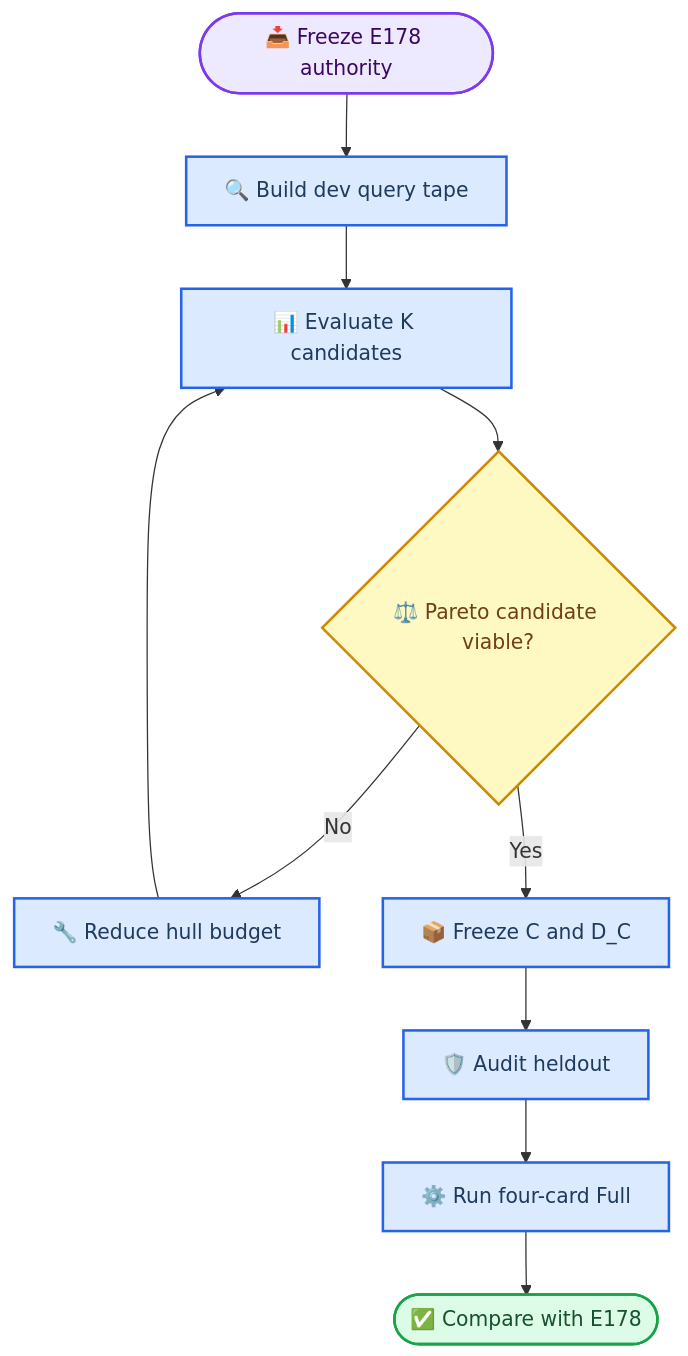
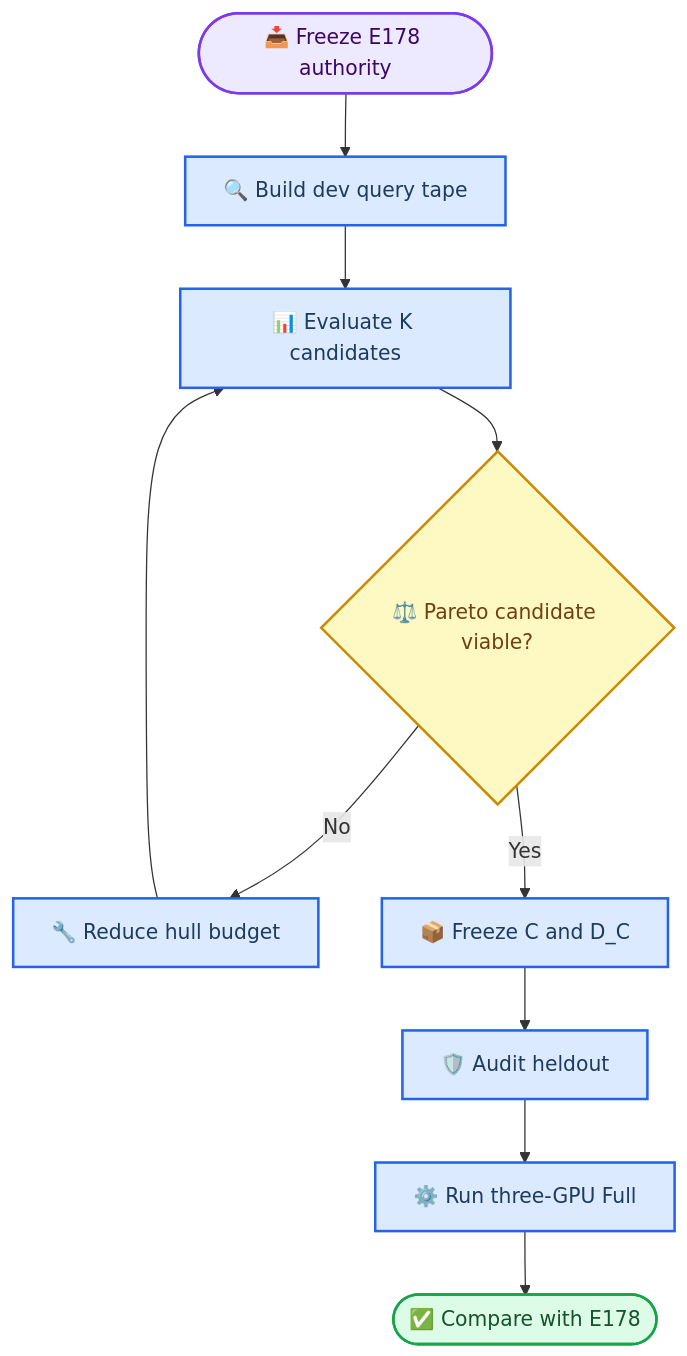
The diagram in workspace/core4d/plan/200_E182_task_conditioned_coacd_full_cem_plan.md (bob35buaa/spider), drawn with Mermaid before and after one commit. The commit also changed other lines of this file and 19 other files, not shown here.

Commit message:
exp(core4d): E182 Gate0 and query-tape canary

````diff
--- a/workspace/core4d/plan/200_E182_task_conditioned_coacd_full_cem_plan.md
+++ b/workspace/core4d/plan/200_E182_task_conditioned_coacd_full_cem_plan.md
@@ -219,25 +229,25 @@
 ```mermaid
 flowchart TB
     accTitle: E182 Task-to-Full Decision Flow
     accDescr: Dev-only real queries select an accuracy and throughput Pareto geometry before the frozen production set is evaluated on heldout data and the full E178-matched CEM benchmark.
 
     authority([📥 Freeze E178 authority]) --> query_tape[🔍 Build dev query tape]
     query_tape --> evaluate_k[📊 Evaluate K candidates]
     evaluate_k --> pareto_gate{⚖️ Pareto candidate viable?}
     pareto_gate -->|No| reduce_k[🔧 Reduce hull budget]
     reduce_k --> evaluate_k
     pareto_gate -->|Yes| freeze_prod[📦 Freeze C and D_C]
     freeze_prod --> heldout_audit[🛡️ Audit heldout]
-    heldout_audit --> four_card_full[⚙️ Run four-card Full]
-    four_card_full --> paired_eval([✅ Compare with E178])
+    heldout_audit --> three_gpu_full[⚙️ Run three-GPU Full]
+    three_gpu_full --> paired_eval([✅ Compare with E178])
 
     classDef source fill:#ede9fe,stroke:#7c3aed,stroke-width:2px,color:#3b0764
     classDef process fill:#dbeafe,stroke:#2563eb,stroke-width:2px,color:#1e3a5f
     classDef decision fill:#fef9c3,stroke:#ca8a04,stroke-width:2px,color:#713f12
     classDef success fill:#dcfce7,stroke:#16a34a,stroke-width:2px,color:#14532d
 
     class authority source
-    class query_tape,evaluate_k,reduce_k,freeze_prod,heldout_audit,four_card_full process
+    class query_tape,evaluate_k,reduce_k,freeze_prod,heldout_audit,three_gpu_full process
     class pareto_gate decision
     class paired_eval success
 ```
````
